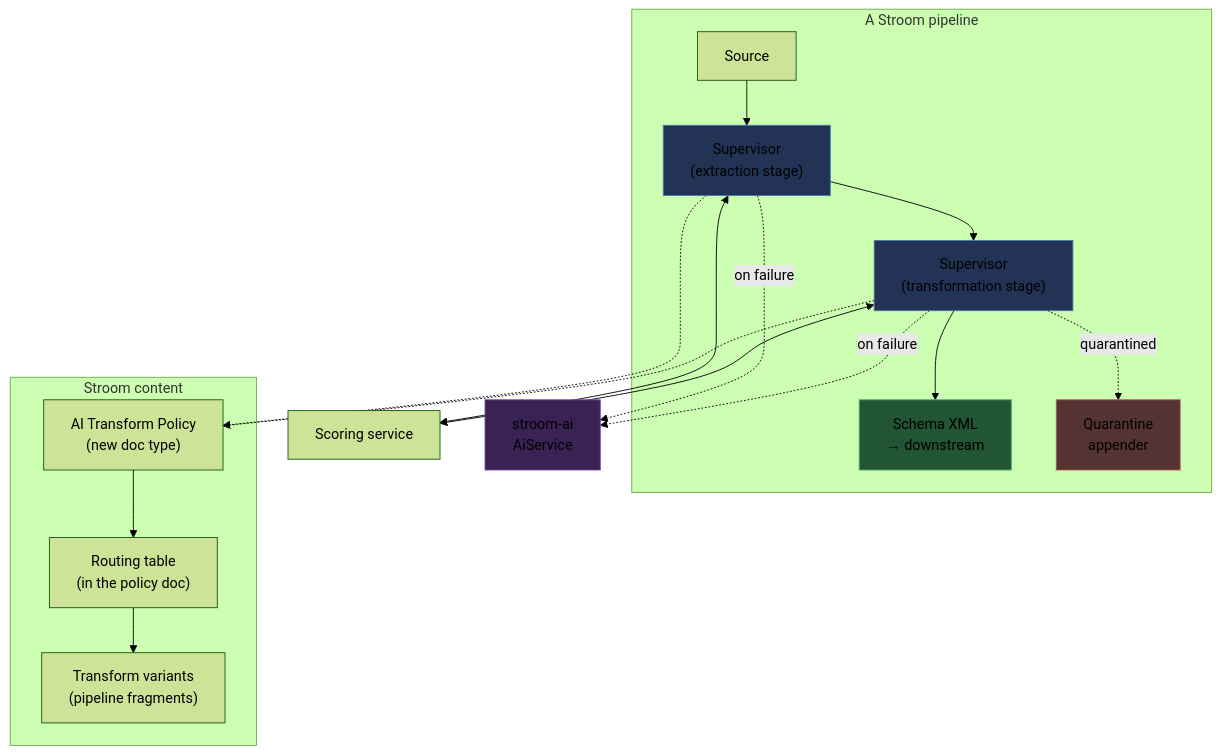
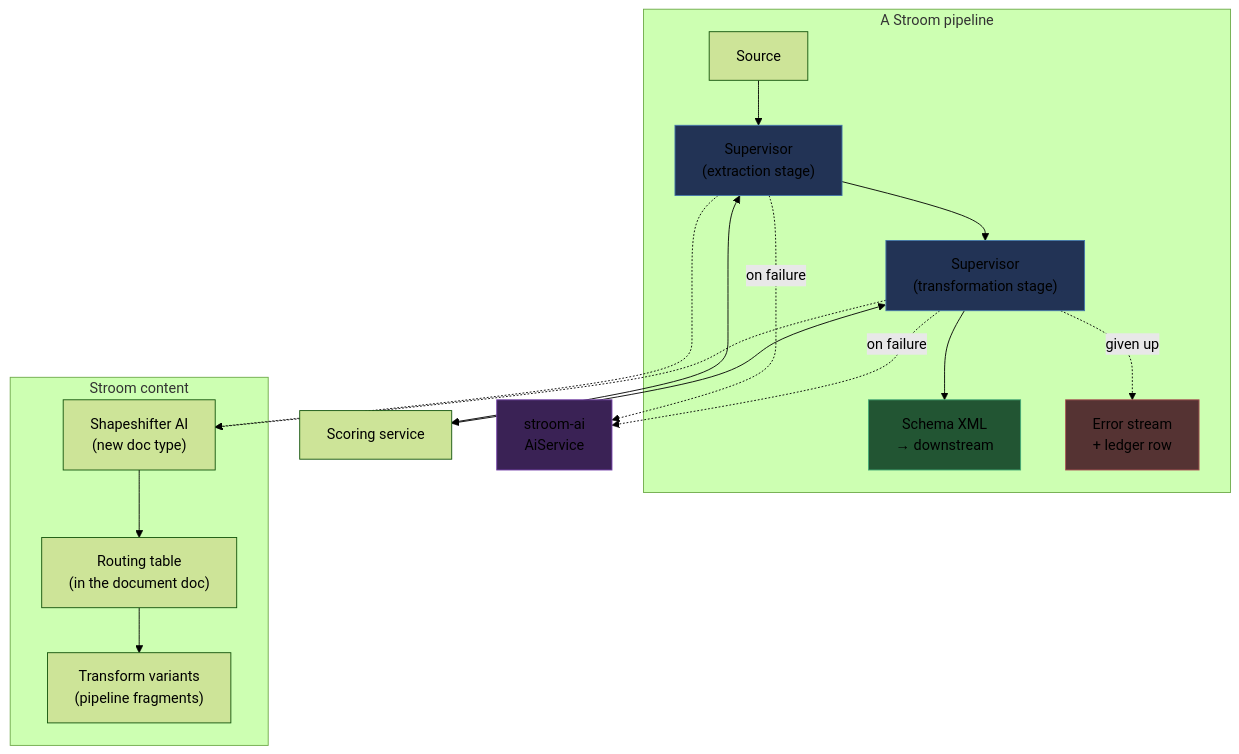
One commit to stroomworks7839/stroom changed the diagram in stroom-shapeshifter/stroom-shapeshifter-ai/design/01-intelligence-in-the-pipeline.md. Above: the diagram before and after it, drawn with Mermaid (forest theme). The commit also changed other lines of this file and 2 other files, not shown here.

First line of the commit message:
Design 01/02: Shapeshifter AI reframed, rulings A5-A29, scenarios

````diff
--- a/stroom-shapeshifter/stroom-shapeshifter-ai/design/01-intelligence-in-the-pipeline.md
+++ b/stroom-shapeshifter/stroom-shapeshifter-ai/design/01-intelligence-in-the-pipeline.md
@@ -131,33 +122,33 @@
 ```mermaid
 flowchart TB
     subgraph Pipeline["A Stroom pipeline"]
         Src["Source"] --> S1["Supervisor\n(extraction stage)"]
         S1 --> S2["Supervisor\n(transformation stage)"]
         S2 --> Good["Schema XML\n→ downstream"]
-        S2 -.->|"quarantined"| Bad["Quarantine\nappender"]
+        S2 -.->|"given up"| Bad["Error stream\n+ ledger row"]
     end
 
     subgraph Content["Stroom content"]
-        Policy["AI Transform Policy\n(new doc type)"]
-        Routing["Routing table\n(in the policy doc)"]
+        Doc["Shapeshifter AI\n(new doc type)"]
+        Routing["Routing table\n(in the document doc)"]
         Variants["Transform variants\n(pipeline fragments)"]
     end
 
     Scoring["Scoring service"]
     AI["stroom-ai\nAiService"]
 
-    S1 -.-> Policy
-    S2 -.-> Policy
-    Policy --> Routing
+    S1 -.-> Doc
+    S2 -.-> Doc
+    Doc --> Routing
     Routing --> Variants
     S1 <--> Scoring
     S2 <--> Scoring
     S1 -.->|"on failure"| AI
     S2 -.->|"on failure"| AI
 
     style S1 fill:#223355,stroke:#4477aa
     style S2 fill:#223355,stroke:#4477aa
     style AI fill:#3a2255,stroke:#7744aa
     style Bad fill:#553333,stroke:#aa5555
     style Good fill:#225533,stroke:#44aa77
 ```
````
